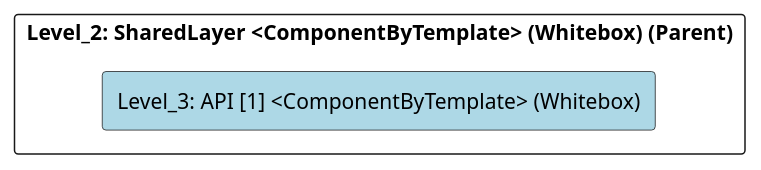
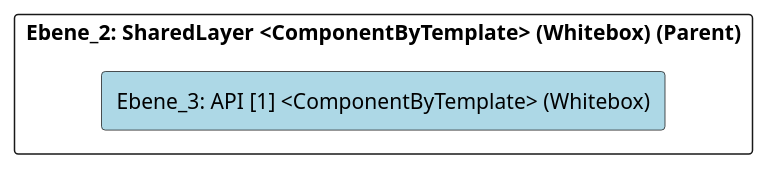
Before and after one commit to marcozwyssig/cleon: the diagram in src/cleon.architecturemethods.arc42.sample/doc/cleon_architecturemethods_arc42_sample_software_microservice/adoc/en/05_building_block_view/microservicesample/sharedlayer/api_1/level_3_api_[1].adoc, drawn with PlantUML. The commit also changed other lines of this file and 214 other files, not shown here.

```diff
--- a/src/cleon.architecturemethods.arc42.sample/doc/cleon_architecturemethods_arc42_sample_software_microservice/adoc/en/05_building_block_view/microservicesample/sharedlayer/api_1/level_3_api_[1].adoc
+++ b/src/cleon.architecturemethods.arc42.sample/doc/cleon_architecturemethods_arc42_sample_software_microservice/adoc/en/05_building_block_view/microservicesample/sharedlayer/api_1/level_3_api_[1].adoc
@@ -20,24 +20,24 @@
-[plantuml, Level_3: API [1] <ComponentByTemplate> (Whitebox)BlockOverview, format="svg"]
+[plantuml, Ebene_3: API [1] <ComponentByTemplate> (Whitebox)BlockOverview, format="svg"]
 ----
-@startuml Level_3: API [1] <ComponentByTemplate> (Whitebox)BuildingBlockOverview
+@startuml Ebene_3: API [1] <ComponentByTemplate> (Whitebox)BuildingBlockOverview
 
 skinparam ranksep 10
 skinparam componentStyle rectangle
 skinparam shadowing false
 skinparam arrowColor lightblue
 skinparam arrowThickness 1.2
 skinparam rectangle {
   BackgroundColor White
   BorderColor #333
   RoundCorner 10
 }
 top to bottom direction
 
-component "Level_2: SharedLayer <ComponentByTemplate> (Whitebox) (Parent)" {
-    component "Level_3: API [1] <ComponentByTemplate> (Whitebox)" #lightblue {
+component "Ebene_2: SharedLayer <ComponentByTemplate> (Whitebox) (Parent)" {
+    component "Ebene_3: API [1] <ComponentByTemplate> (Whitebox)" #lightblue {
     }
 
 }
 
 @enduml
 ----
```
